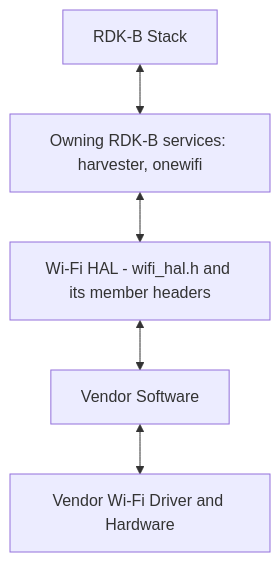
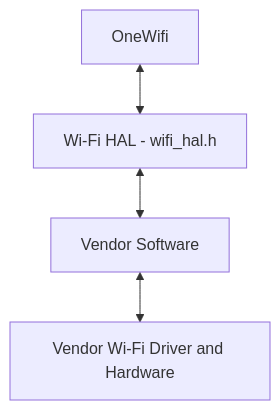
Before and after one commit to Blitzy-Sky/rdkb-halif-wifi: the first of 2 diagrams in docs/pages/halSpec.md, drawn with Mermaid. The commit also changed other lines of this file, not shown here.

First line of the commit message:
docs: simplify the Wi-Fi_HAL specification

````diff
--- a/docs/pages/halSpec.md
+++ b/docs/pages/halSpec.md
@@ -63,8 +54,7 @@
 ```mermaid
 flowchart TD;
-    RDKBSTACK[RDK-B Stack] <-->
-    OWNINGSERVICES["Owning RDK-B services: harvester, onewifi"] <-->
-    WIFIHAL["Wi-Fi HAL - wifi_hal.h and its member headers"] <-->
+    ONEWIFI[OneWifi] <-->
+    WIFIHAL["Wi-Fi HAL - wifi_hal.h"] <-->
     VENDORSOFTWARE[Vendor Software] <-->
     VENDORDRIVER[Vendor Wi-Fi Driver and Hardware]
 ```
````
